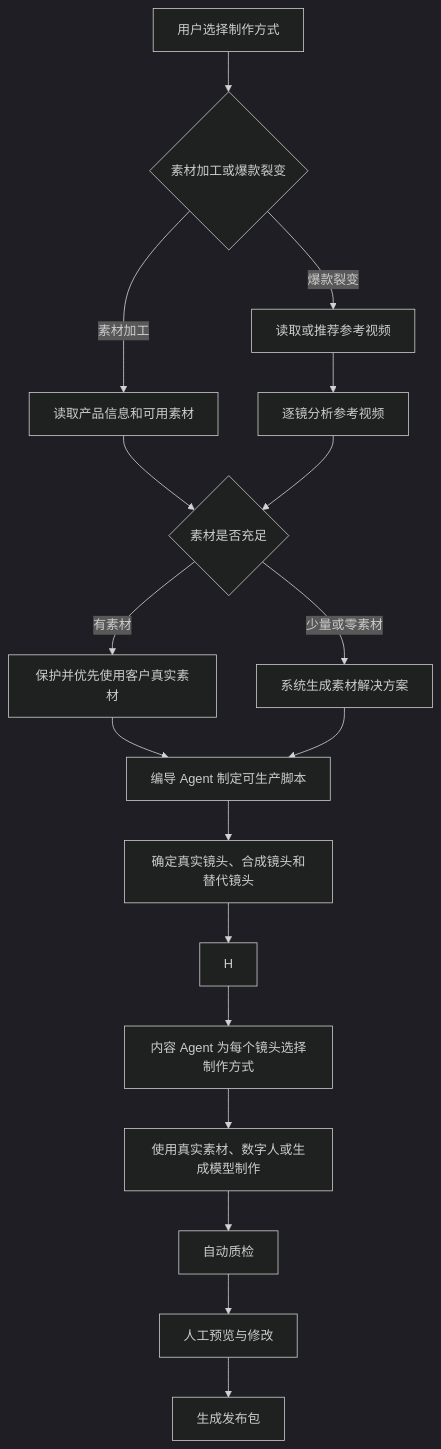
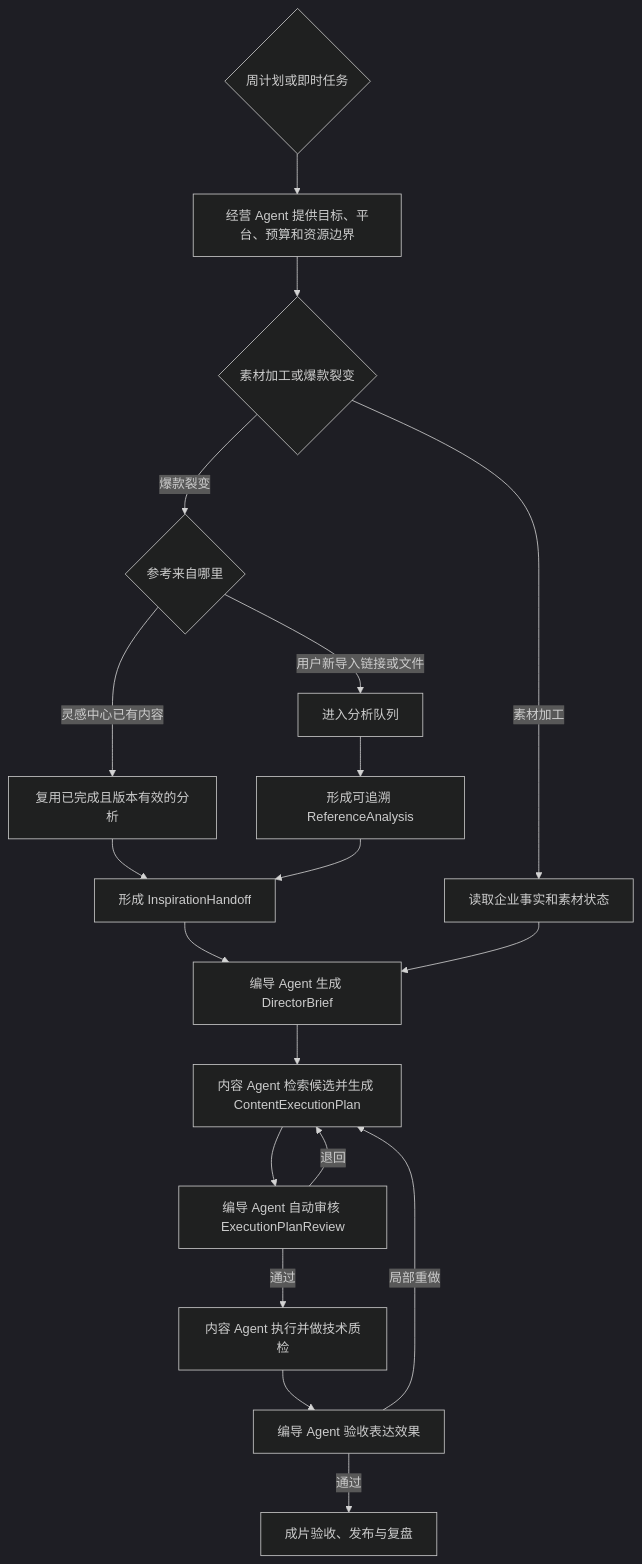
Before and after one commit to lingshu-ai-cloud/lingshu_AI: the diagram in docs/product/PRD-灵枢AI当前系统-v3.md, drawn with Mermaid (dark theme). The commit also changed other lines of this file and 76 other files, not shown here.

Commit message:
feat: refine inspiration dashboard and director agent

````diff
--- a/docs/product/PRD-灵枢AI当前系统-v3.md
+++ b/docs/product/PRD-灵枢AI当前系统-v3.md
@@ -65,20 +66,21 @@
 ```mermaid
 flowchart TD
-    A[用户选择制作方式] --> B{素材加工或爆款裂变}
-    B -->|素材加工| C[读取产品信息和可用素材]
-    B -->|爆款裂变| D[读取或推荐参考视频]
-    D --> E[逐镜分析参考视频]
-    C --> P{素材是否充足}
-    E --> P
-    P -->|有素材| Q[保护并优先使用客户真实素材]
-    P -->|少量或零素材| R[系统生成素材解决方案]
-    Q --> F[编导 Agent 制定可生产脚本]
-    R --> F
-    F --> G[确定真实镜头、合成镜头和替代镜头]
-    G --> H
-    H --> K[内容 Agent 为每个镜头选择制作方式]
-    K --> L[使用真实素材、数字人或生成模型制作]
-    L --> M[自动质检]
-    M --> N[人工预览与修改]
-    N --> O[生成发布包]
+    A{周计划或即时任务} --> B[经营 Agent 提供目标、平台、预算和资源边界]
+    B --> C{素材加工或爆款裂变}
+    C -->|爆款裂变| D{参考来自哪里}
+    D -->|灵感中心已有内容| D1[复用已完成且版本有效的分析]
+    D -->|用户新导入链接或文件| D2[进入分析队列]
+    D1 --> D3[形成 InspirationHandoff]
+    D2 --> D4[形成可追溯 ReferenceAnalysis]
+    D4 --> D3
+    C -->|素材加工| E[读取企业事实和素材状态]
+    D3 --> F[编导 Agent 生成 DirectorBrief]
+    E --> F
+    F --> G[内容 Agent 检索候选并生成 ContentExecutionPlan]
+    G --> H[编导 Agent 自动审核 ExecutionPlanReview]
+    H -->|退回| G
+    H -->|通过| I[内容 Agent 执行并做技术质检]
+    I --> J[编导 Agent 验收表达效果]
+    J -->|局部重做| G
+    J -->|通过| K[成片验收、发布与复盘]
 ```
````
